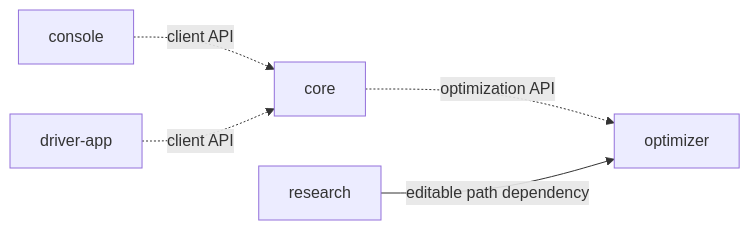
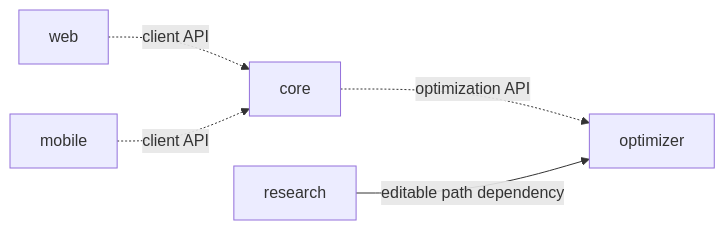
The first of 2 diagrams in docs/architecture/code-structure.md (NaimElijah/DispatchFlow), drawn with Mermaid before and after one commit. The commit also changed other lines of this file and 73 other files, not shown here.

First line of the commit message:
refactor: rename the console to web and the driver app to mobile

````diff
--- a/docs/architecture/code-structure.md
+++ b/docs/architecture/code-structure.md
@@ -61,7 +59,7 @@
 ```mermaid
 flowchart LR
-    console["console"] -.->|"client API"| core["core"]
-    driver["driver-app"] -.->|"client API"| core
+    web["web"] -.->|"client API"| core["core"]
+    mobile["mobile"] -.->|"client API"| core
     core -.->|"optimization API"| optimizer["optimizer"]
     research["research"] -->|"editable path dependency"| optimizer
 ```
````
